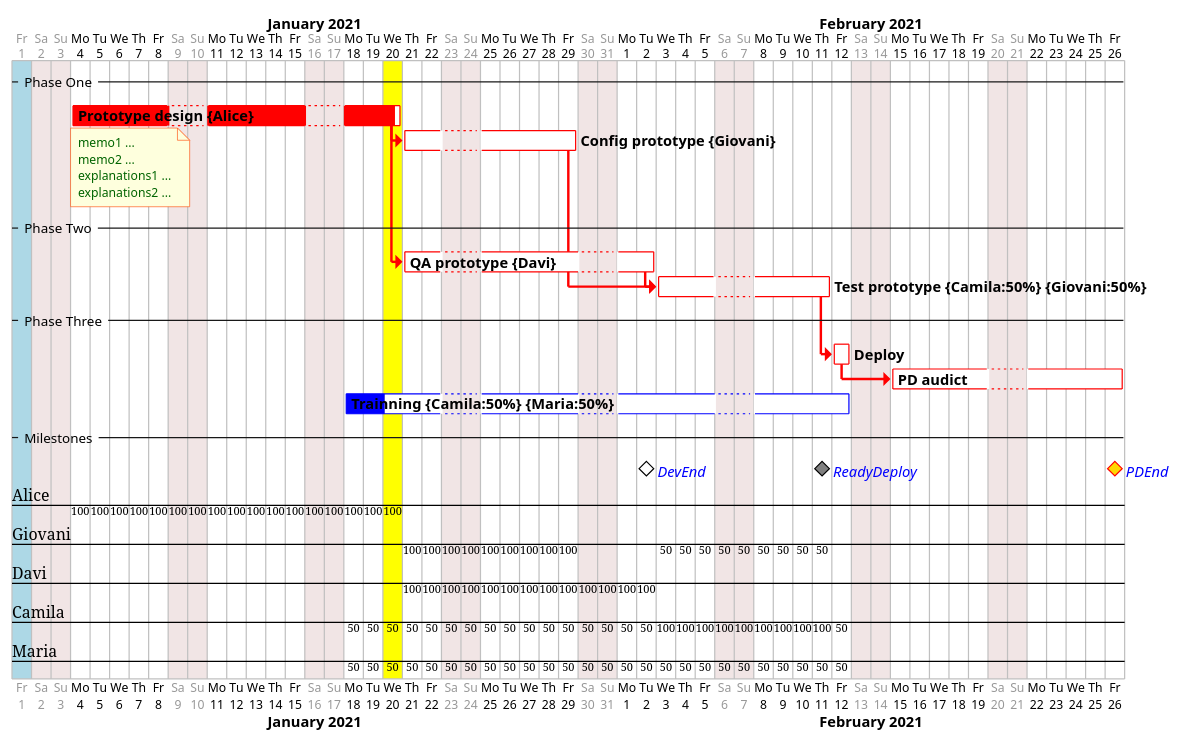
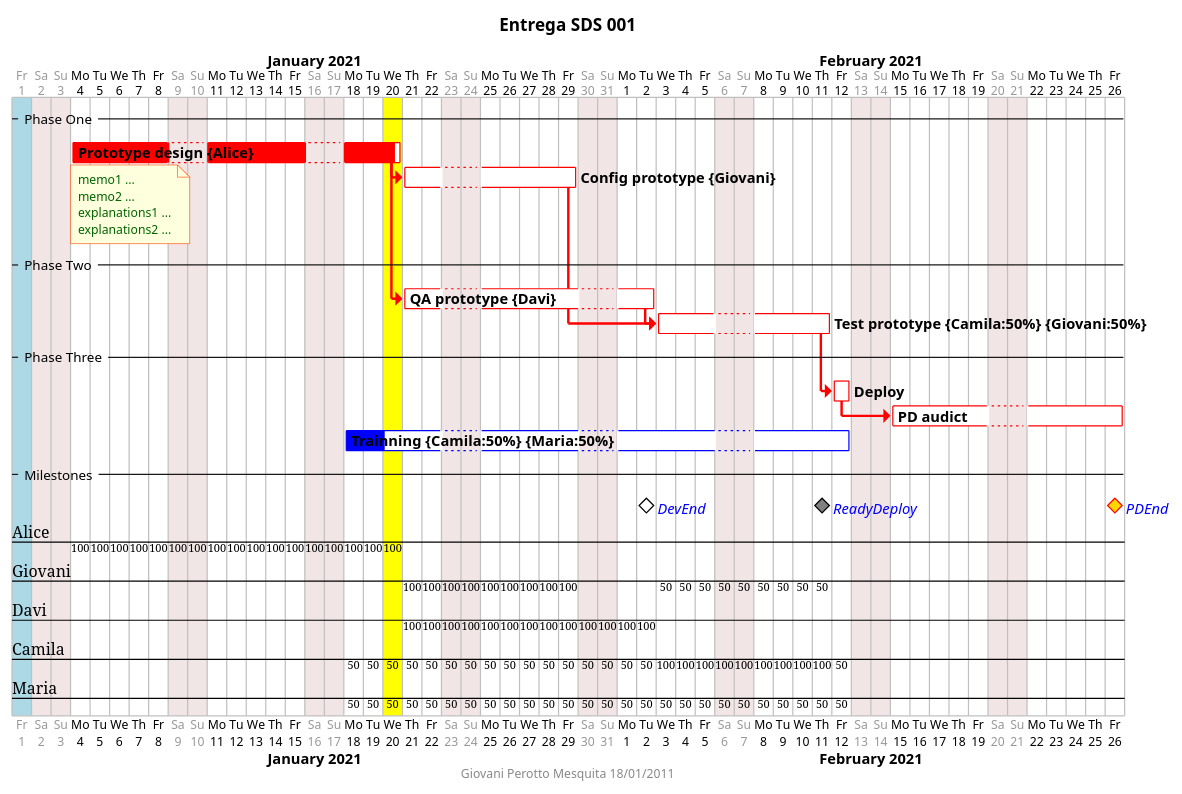
One commit to GiovaniPM/DMNTests changed the diagram in PlantUML/teste25.pu. Above: the diagram before and after it, drawn with PlantUML.

Commit message:
giova(DESKTOP-PG18CKU) 210118125316

```diff
--- a/PlantUML/teste25.pu
+++ b/PlantUML/teste25.pu
@@ -1,93 +1,96 @@
 @startgantt
 <style>
 ganttDiagram {
 	task {
-		FontName Helvetica
+		FontName Courrier
 		FontColor black
 		FontSize 12
 		FontStyle bold
 		BackGroundColor Blue
 		LineColor blue
 	}
 	milestone {
 		FontColor blue
 		FontSize 12
 		FontStyle italic
 		BackGroundColor gold
 		LineColor red
 	}
 	note {
 		FontColor DarkGreen
 		FontSize 10
 		LineColor OrangeRed
 	}
 }
 </style>
 
+' Initialization
+title Entrega SDS 001
+footer Giovani Perotto Mesquita 18/01/2011
 project starts the 2021/01/01
 
 ' Day watching
 2021/01/20 is colored in Yellow
 
 ' Close Days
 saturday are closed
 sunday are closed
 2021/01/01 is closed
 2021/01/01 is colored in lightblue
 
 ' Tasks and there layers
 -- Phase One --
 [Prototype design] on {Alice} lasts 13 days
 [Prototype design] links to [[http://plantuml.com]]
 note bottom
   memo1 ...
   memo2 ...
   explanations1 ...
   explanations2 ...
 end note
 [Config prototype] on {Giovani} lasts 7 days
 -- Phase Two --
 [QA prototype] on {Davi} lasts 9 days
 [Test prototype] on {Camila:50}{Giovani:50} lasts 7 days
 -- Phase Three --
 [Deploy] lasts 1 day
 [PD audict] lasts 10 days
 [Trainning] on {Camila:50}{Maria:50} starts 2021/01/18
 [Trainning] ends 2021/02/12
 -- Milestones --
 
 ' Tasks flow
 [Config prototype] starts at [Prototype design]'s end with red bold link
 [QA prototype] starts at [Prototype design]'s end with red bold link
 [Test prototype] starts at [Config prototype]'s end with red bold link
 [Test prototype] starts at [QA prototype]'s end with red bold link
 [Deploy] starts at [Test prototype]'s end with red bold link
 [PD audict] starts at [Deploy]'s end with red bold link
 
 ' Tasks progress
 [Prototype design] is 98% completed
 [Config prototype] is 0% completed
 [QA prototype] is 0% completed
 [Test prototype] is 0% completed
 [Deploy] is 0% completed
 [PD audict] is 0% completed
 [Trainning] is 10% completed
 
 ' Milestones
 [DevEnd] happens at [Prototype design]'s end
 [DevEnd] happens at [QA prototype]'s end
 [ReadyDeploy] happens at [Test prototype]'s end
 [ReadyDeploy] displays on same row as [DevEnd]
 [PDEnd] happens at [PD audict]'s end
 [PDEnd] displays on same row as [ReadyDeploy]
 
 ' Colors
 [Prototype design] is colored in Red/Red
 [Config prototype] is colored in Red/Red
 [QA prototype] is colored in Red/Red
 [Test prototype] is colored in Red/Red
 [Deploy] is colored in Red/Red
 [PD audict] is colored in Red/Red
 [DevEnd] is colored in White/Black
 [ReadyDeploy] is colored in Gray/Black
 @endgantt
```
